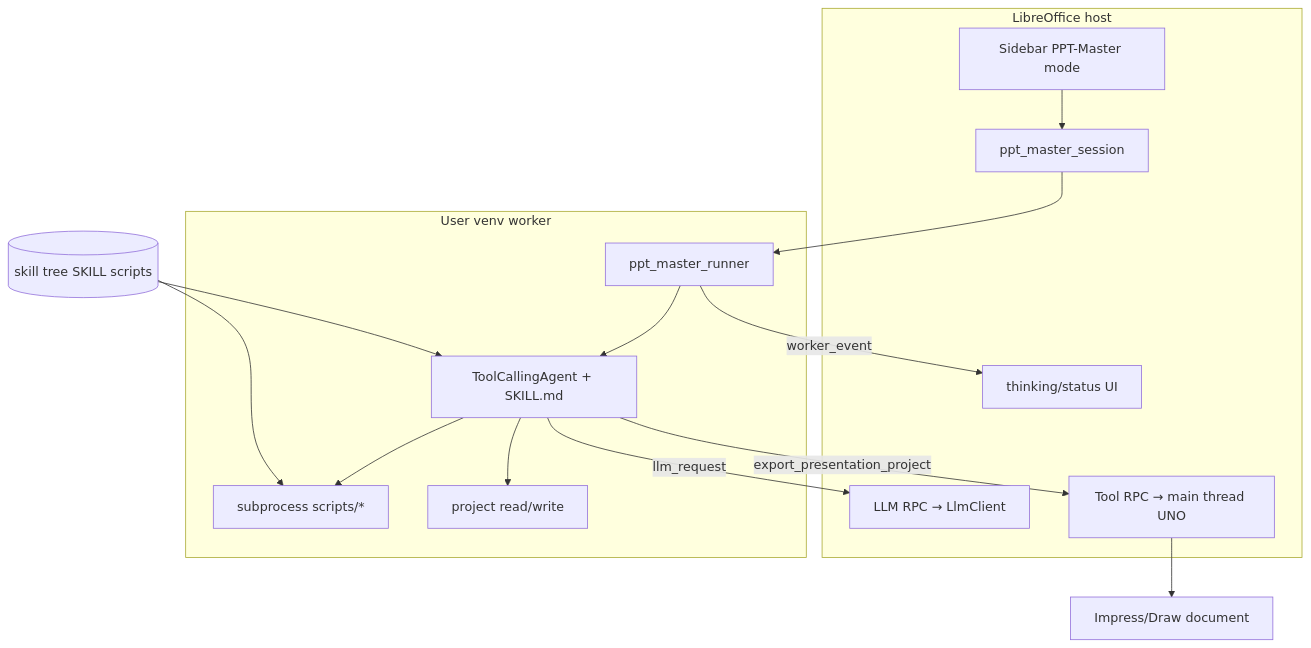
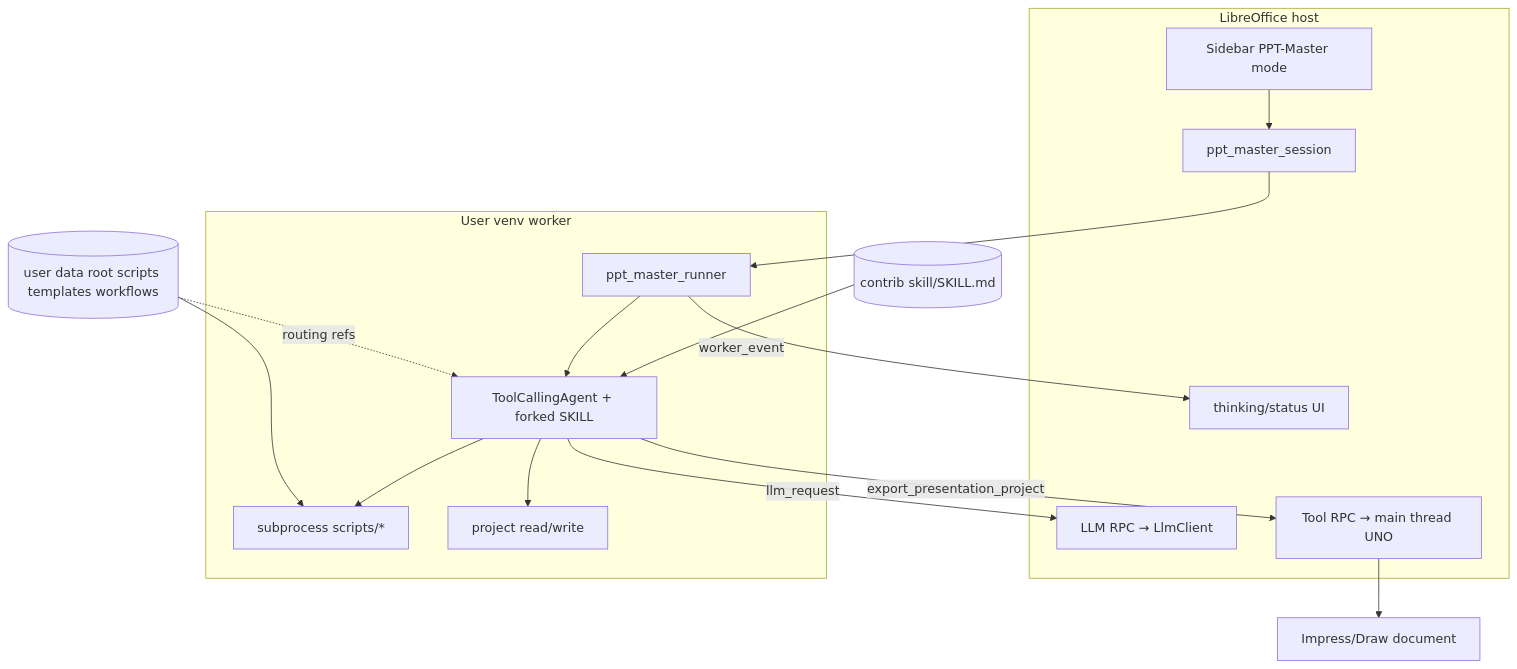
The diagram in docs/ppt-master-integration-plan.md (KeithCu/writeragent), drawn with Mermaid before and after one commit. The commit also changed other lines of this file and 5 other files, not shown here.

Commit message:
fork skill to remove stuff that probably doesn't work with our system

````diff
--- a/docs/ppt-master-integration-plan.md
+++ b/docs/ppt-master-integration-plan.md
@@ -143,27 +147,28 @@
 ```mermaid
 flowchart TB
   subgraph host [LibreOffice host]
     UI[Sidebar PPT-Master mode]
     Session[ppt_master_session]
     LLM_RPC[LLM RPC → LlmClient]
     ToolRPC[Tool RPC → main thread UNO]
     Drain[thinking/status UI]
   end
   subgraph venv [User venv worker]
     Runner[ppt_master_runner]
-    Smol[ToolCallingAgent + SKILL.md]
+    Smol[ToolCallingAgent + forked SKILL]
     Scripts[subprocess scripts/*]
     Files[project read/write]
   end
+  ForkSKILL[(contrib skill/SKILL.md)] --> Smol
   UI --> Session
   Session --> Runner
   Runner --> Smol
   Smol -->|llm_request| LLM_RPC
   Smol --> Scripts
   Smol --> Files
   Smol -->|export_presentation_project| ToolRPC
   Runner -->|worker_event| Drain
-  Data[(skill tree SKILL scripts)] --> Scripts
-  Data --> Smol
+  Data[(user data root scripts templates workflows)] --> Scripts
+  Data -.->|routing refs| Smol
   ToolRPC --> UNO[Impress/Draw document]
 ```
````
